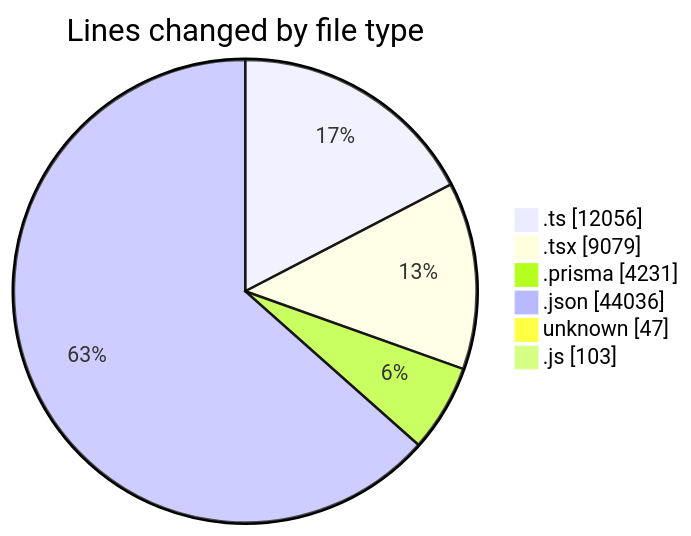
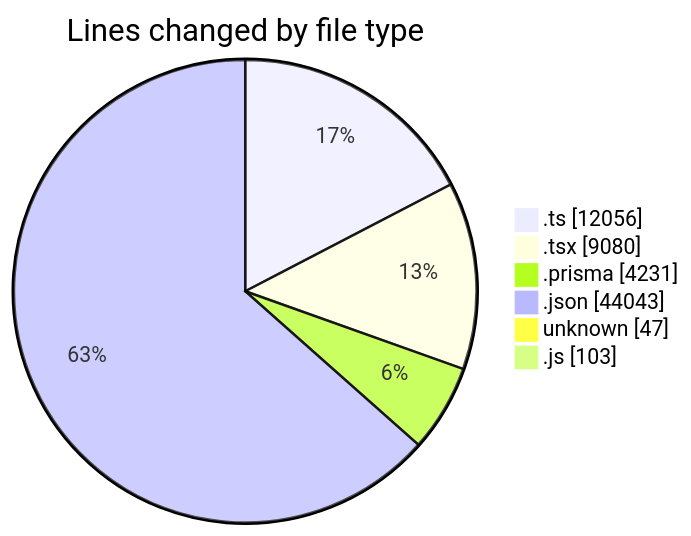
One commit to CELIANVF/code-tracking changed the first of 2 diagrams in 2025-05-19/ecodeli-1/README.md. Above: the diagram before and after it, drawn with Mermaid. The commit also changed other lines of this file and 1 other file, not shown here.

````diff
--- a/2025-05-19/ecodeli-1/README.md
+++ b/2025-05-19/ecodeli-1/README.md
@@ -89,10 +90,10 @@
 ```mermaid
 pie showData
 title Lines changed by file type
 ".ts" : 12056
-".tsx" : 9079
+".tsx" : 9080
 ".prisma" : 4231
-".json" : 44036
+".json" : 44043
 "unknown" : 47
 ".js" : 103
 ```
````
